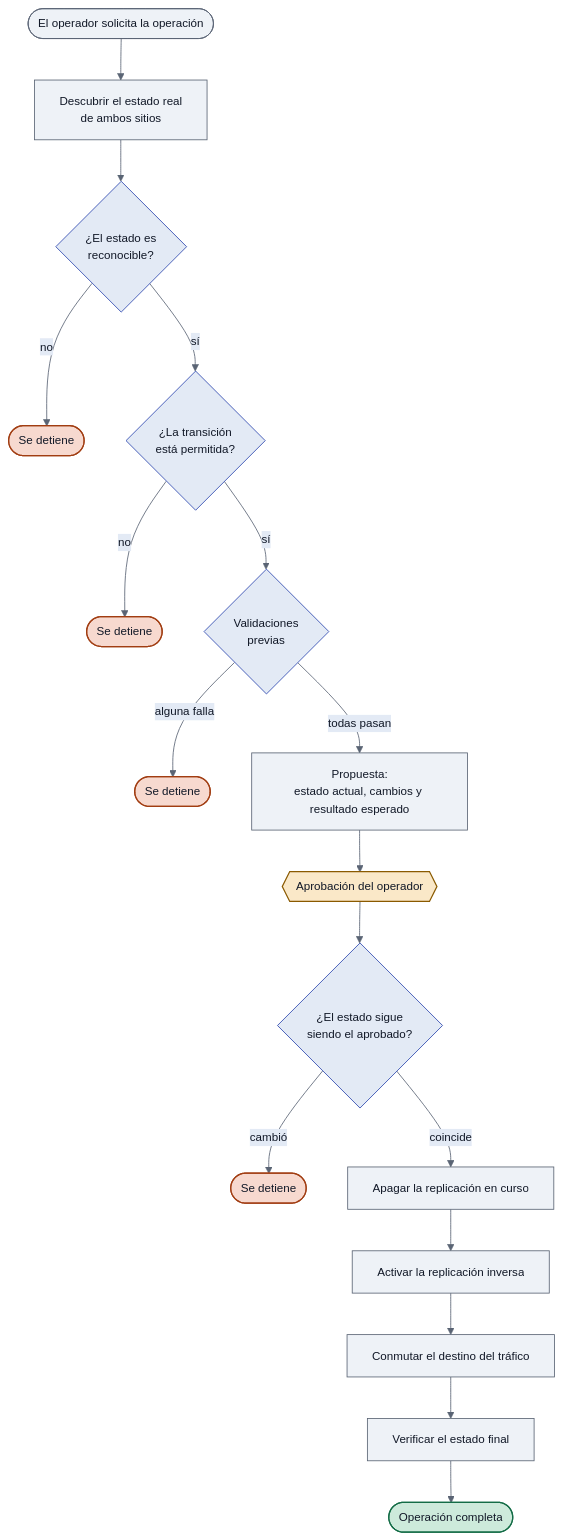
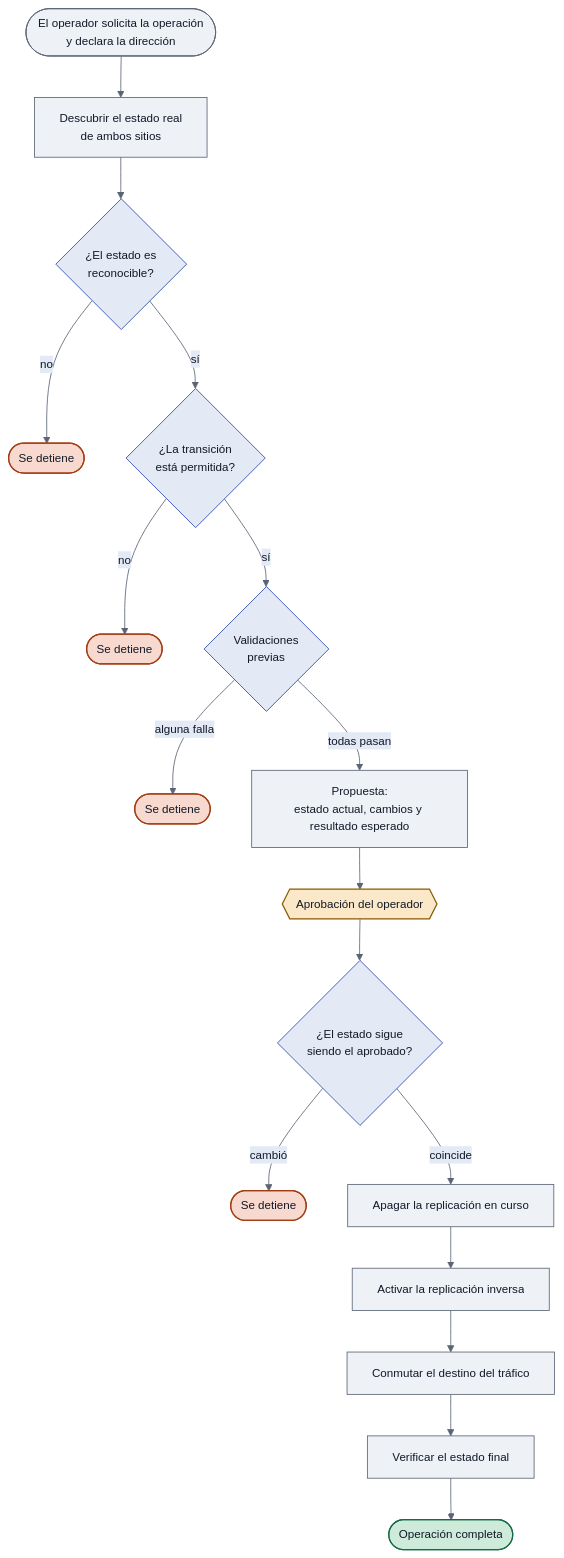
Before and after one commit to Crittan01/aap-kafka-automation: the diagram in README.md, drawn with Mermaid. The commit also changed other lines of this file, not shown here.

````diff
--- a/README.md
+++ b/README.md
@@ -15,32 +15,32 @@
 ```mermaid
 %%{init: {'theme':'base','themeVariables':{'primaryColor':'#eef2f7','primaryTextColor':'#111827','primaryBorderColor':'#5a6474','lineColor':'#5a6474','secondaryColor':'#e3eaf5','tertiaryColor':'#ffffff','background':'#ffffff','mainBkg':'#eef2f7','textColor':'#111827','fontSize':'14px'}}}%%
 flowchart TD
-    OP([El operador solicita la operación]) --> DESC[Descubrir el estado real<br/>de ambos sitios]
+    OP([El operador solicita la operación<br/>y declara la dirección]) --> DESC[Descubrir el estado real<br/>de ambos sitios]
     DESC --> COH{¿El estado es<br/>reconocible?}
     COH -->|no| S1([Se detiene])
     COH -->|sí| VAL{¿La transición<br/>está permitida?}
     VAL -->|no| S2([Se detiene])
     VAL -->|sí| PRE{Validaciones<br/>previas}
     PRE -->|alguna falla| S3([Se detiene])
     PRE -->|todas pasan| PROP[Propuesta:<br/>estado actual, cambios y resultado esperado]
     PROP --> APR{{Aprobación del operador}}
     APR --> REV{¿El estado sigue<br/>siendo el aprobado?}
     REV -->|cambió| S4([Se detiene])
     REV -->|coincide| EX1[Apagar la replicación en curso]
     EX1 --> EX2[Activar la replicación inversa]
     EX2 --> EX3[Conmutar el destino del tráfico]
     EX3 --> VER[Verificar el estado final]
     VER --> FIN([Operación completa])
 
     classDef paso     fill:#eef2f7,stroke:#5a6474,color:#111827,stroke-width:1px
     classDef decision fill:#e3eaf5,stroke:#2b46ae,color:#111827,stroke-width:1px
     classDef detiene  fill:#f7d9cf,stroke:#a13d12,color:#111827,stroke-width:1.5px
     classDef aprueba  fill:#fae8c8,stroke:#8a5a00,color:#111827,stroke-width:1.5px
     classDef fin      fill:#cdeadb,stroke:#136c46,color:#111827,stroke-width:1.5px
 
     class OP,DESC,PROP,EX1,EX2,EX3,VER paso
     class COH,VAL,PRE,REV decision
     class S1,S2,S3,S4 detiene
     class APR aprueba
     class FIN fin
 ```
````
